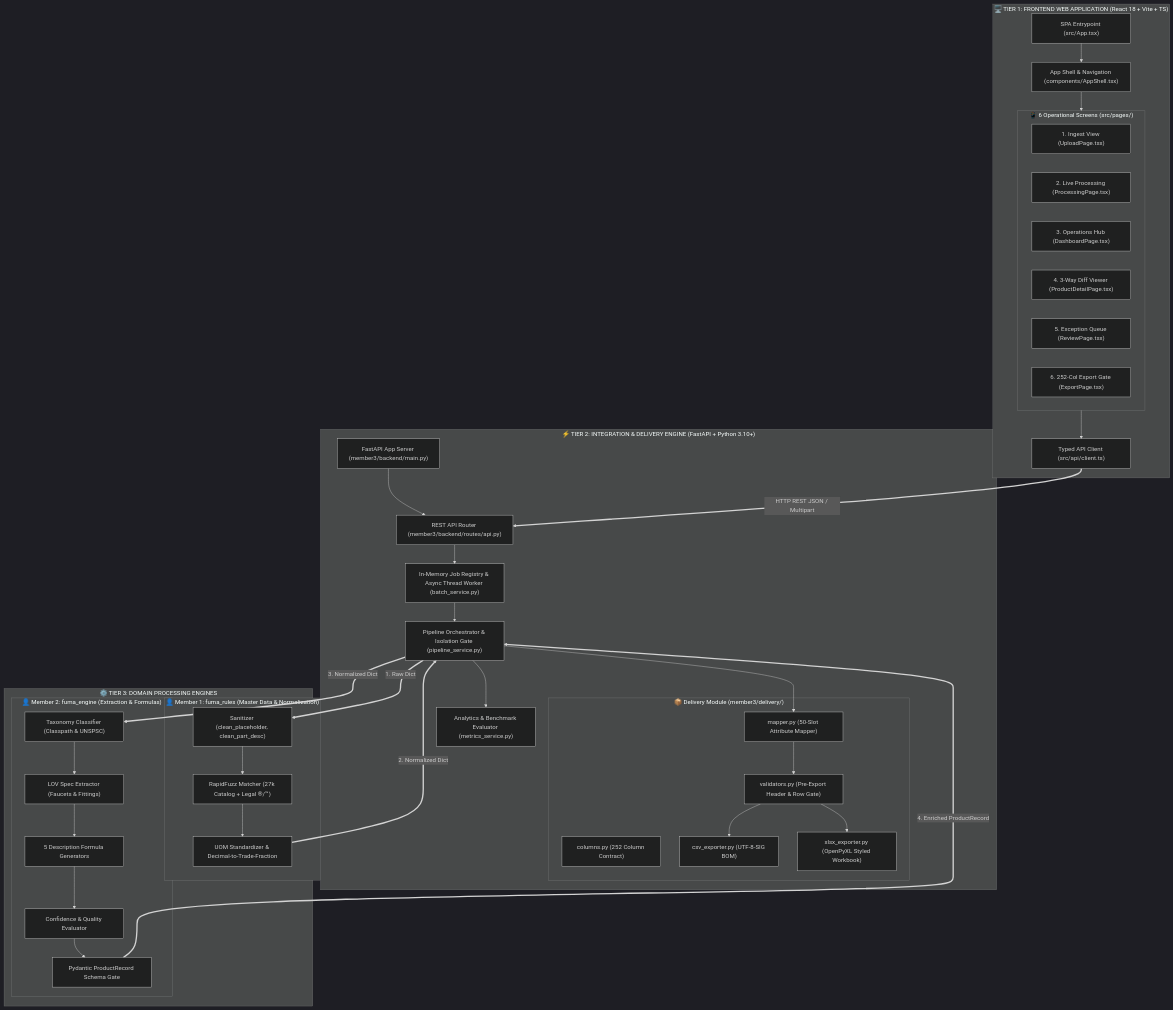
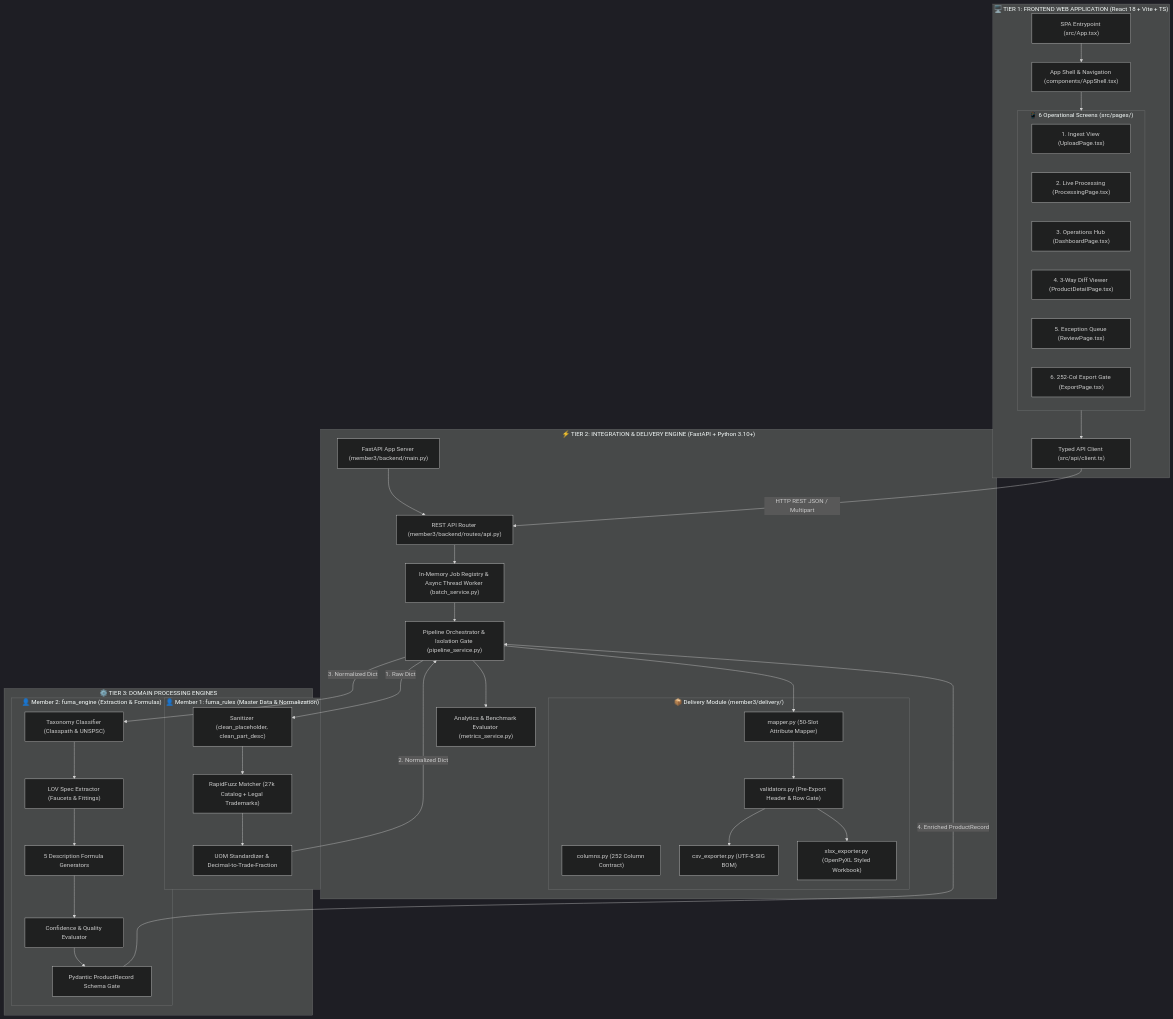
One commit to satyam-prakash/FuMA-UniHack changed the first of 6 diagrams in README.md. Above: the diagram before and after it, drawn with Mermaid (dark theme). The commit also changed other lines of this file, not shown here.

Commit message:
fix(docs): resolve GitHub Mermaid parsing errors and align repo tree structure

````diff
--- a/README.md
+++ b/README.md
@@ -77,71 +77,71 @@
 ```mermaid
 graph TD
     subgraph ClientTier["🖥️ TIER 1: FRONTEND WEB APPLICATION (React 18 + Vite + TS)"]
         UI_Entry["SPA Entrypoint (src/App.tsx)"]
         AppShell["App Shell & Navigation (components/AppShell.tsx)"]
         
         subgraph UIScreens["📱 6 Operational Screens (src/pages/)"]
             S_Upload["1. Ingest View (UploadPage.tsx)"]
             S_Process["2. Live Processing (ProcessingPage.tsx)"]
             S_Dashboard["3. Operations Hub (DashboardPage.tsx)"]
             S_Detail["4. 3-Way Diff Viewer (ProductDetailPage.tsx)"]
             S_Review["5. Exception Queue (ReviewPage.tsx)"]
             S_Export["6. 252-Col Export Gate (ExportPage.tsx)"]
         end
         
         APIClient["Typed API Client (src/api/client.ts)"]
         
         UI_Entry --> AppShell
         AppShell --> UIScreens
         UIScreens --> APIClient
     end
 
     subgraph APITier["⚡ TIER 2: INTEGRATION & DELIVERY ENGINE (FastAPI + Python 3.10+)"]
         MainApp["FastAPI App Server (member3/backend/main.py)"]
         Routes["REST API Router (member3/backend/routes/api.py)"]
         JobStore["In-Memory Job Registry & Async Thread Worker (batch_service.py)"]
         PipeSvc["Pipeline Orchestrator & Isolation Gate (pipeline_service.py)"]
         MetricsSvc["Analytics & Benchmark Evaluator (metrics_service.py)"]
         
         subgraph DeliveryModule["📦 Delivery Module (member3/delivery/)"]
             Columns["columns.py (252 Column Contract)"]
             Mapper["mapper.py (50-Slot Attribute Mapper)"]
             Validators["validators.py (Pre-Export Header & Row Gate)"]
             CSVExp["csv_exporter.py (UTF-8-SIG BOM)"]
             XLSXExp["xlsx_exporter.py (OpenPyXL Styled Workbook)"]
         end
         
         MainApp --> Routes
         Routes --> JobStore
         JobStore --> PipeSvc
         PipeSvc --> MetricsSvc
         PipeSvc --> Mapper
         Mapper --> Validators
         Validators --> CSVExp
         Validators --> XLSXExp
     end
 
     subgraph CoreTier["⚙️ TIER 3: DOMAIN PROCESSING ENGINES"]
         subgraph M1["👤 Member 1: fuma_rules (Master Data & Normalization)"]
             M1_Clean["Sanitizer (clean_placeholder, clean_part_desc)"]
-            M1_Brand["RapidFuzz Matcher (27k Catalog + Legal ®/™)"]
+            M1_Brand["RapidFuzz Matcher (27k Catalog + Legal Trademarks)"]
             M1_UOM["UOM Standardizer & Decimal-to-Trade-Fraction"]
         end
         
         subgraph M2["👤 Member 2: fuma_engine (Extraction & Formulas)"]
             M2_Tax["Taxonomy Classifier (Classpath & UNSPSC)"]
             M2_LOV["LOV Spec Extractor (Faucets & Fittings)"]
             M2_Desc["5 Description Formula Generators"]
             M2_Eval["Confidence & Quality Evaluator"]
             M2_Schema["Pydantic ProductRecord Schema Gate"]
         end
     end
 
-    APIClient ==>|HTTP REST JSON / Multipart| Routes
-    PipeSvc ==>|1. Raw Dict| M1_Clean
+    APIClient -->|"HTTP REST JSON / Multipart"| Routes
+    PipeSvc -->|"1. Raw Dict"| M1_Clean
     M1_Clean --> M1_Brand --> M1_UOM
-    M1_UOM ==>|2. Normalized Dict| PipeSvc
-    PipeSvc ==>|3. Normalized Dict| M2_Tax
+    M1_UOM -->|"2. Normalized Dict"| PipeSvc
+    PipeSvc -->|"3. Normalized Dict"| M2_Tax
     M2_Tax --> M2_LOV --> M2_Desc --> M2_Eval --> M2_Schema
-    M2_Schema ==>|4. Enriched ProductRecord| PipeSvc
+    M2_Schema -->|"4. Enriched ProductRecord"| PipeSvc
 ```
````
